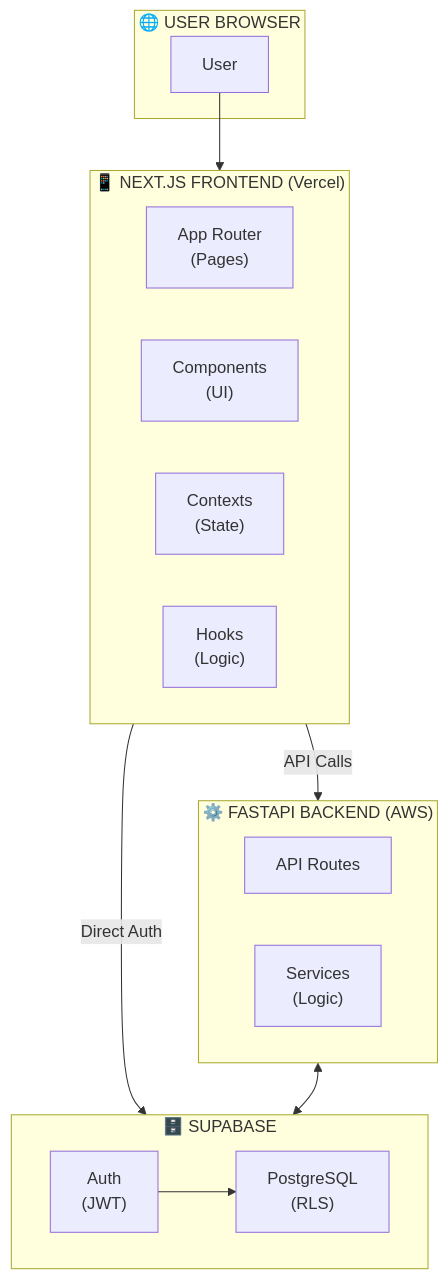
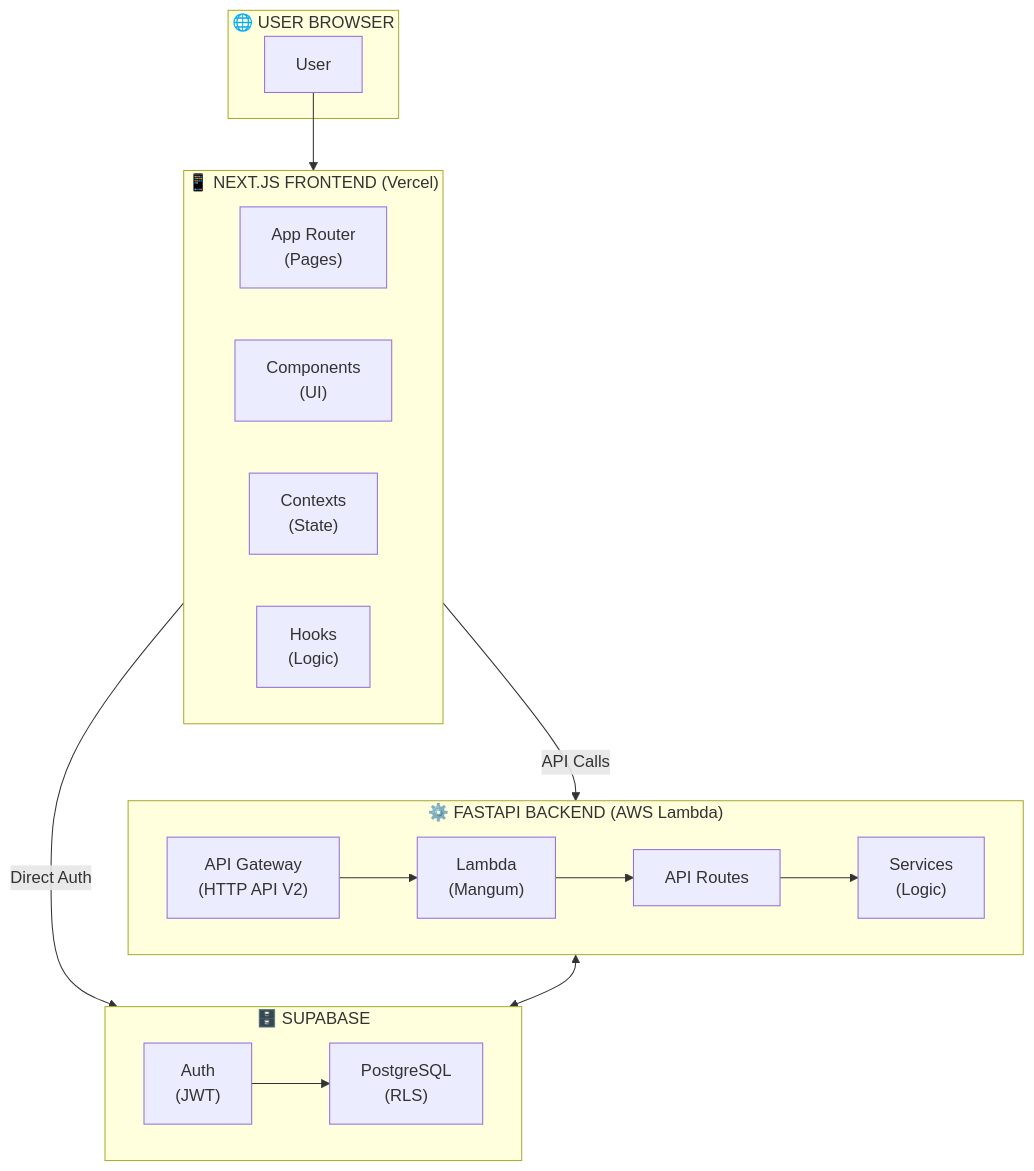
Before and after one commit to nyanham/morning-routine-productivity: the diagram in docs/README.md, drawn with Mermaid. The commit also changed other lines of this file and 6 other files, not shown here.

First line of the commit message:
docs: update documentation for AWS Lambda deployment architecture

````diff
--- a/docs/README.md
+++ b/docs/README.md
@@ -41,32 +41,37 @@
 ```mermaid
 flowchart TB
     subgraph Browser["🌐 USER BROWSER"]
         User["User"]
     end
 
     subgraph Frontend["📱 NEXT.JS FRONTEND (Vercel)"]
         direction LR
         AppRouter["App Router<br/>(Pages)"]
         Components["Components<br/>(UI)"]
         Contexts["Contexts<br/>(State)"]
         Hooks["Hooks<br/>(Logic)"]
     end
 
-    subgraph Backend["⚙️ FASTAPI BACKEND (AWS)"]
+    subgraph Backend["⚙️ FASTAPI BACKEND (AWS Lambda)"]
         direction LR
+        APIGW["API Gateway<br/>(HTTP API V2)"]
+        Lambda["Lambda<br/>(Mangum)"]
         APIRoutes["API Routes"]
         Services["Services<br/>(Logic)"]
     end
 
     subgraph Supabase["🗄️ SUPABASE"]
         direction LR
         Auth["Auth<br/>(JWT)"]
         PostgreSQL["PostgreSQL<br/>(RLS)"]
     end
 
     User --> Frontend
-    Frontend -->|"API Calls"| Backend
+    Frontend -->|"API Calls"| APIGW
+    APIGW --> Lambda
+    Lambda --> APIRoutes
+    APIRoutes --> Services
     Frontend -->|"Direct Auth"| Auth
-    Backend <--> PostgreSQL
+    Services <--> PostgreSQL
     Auth --> PostgreSQL
 ```
````
